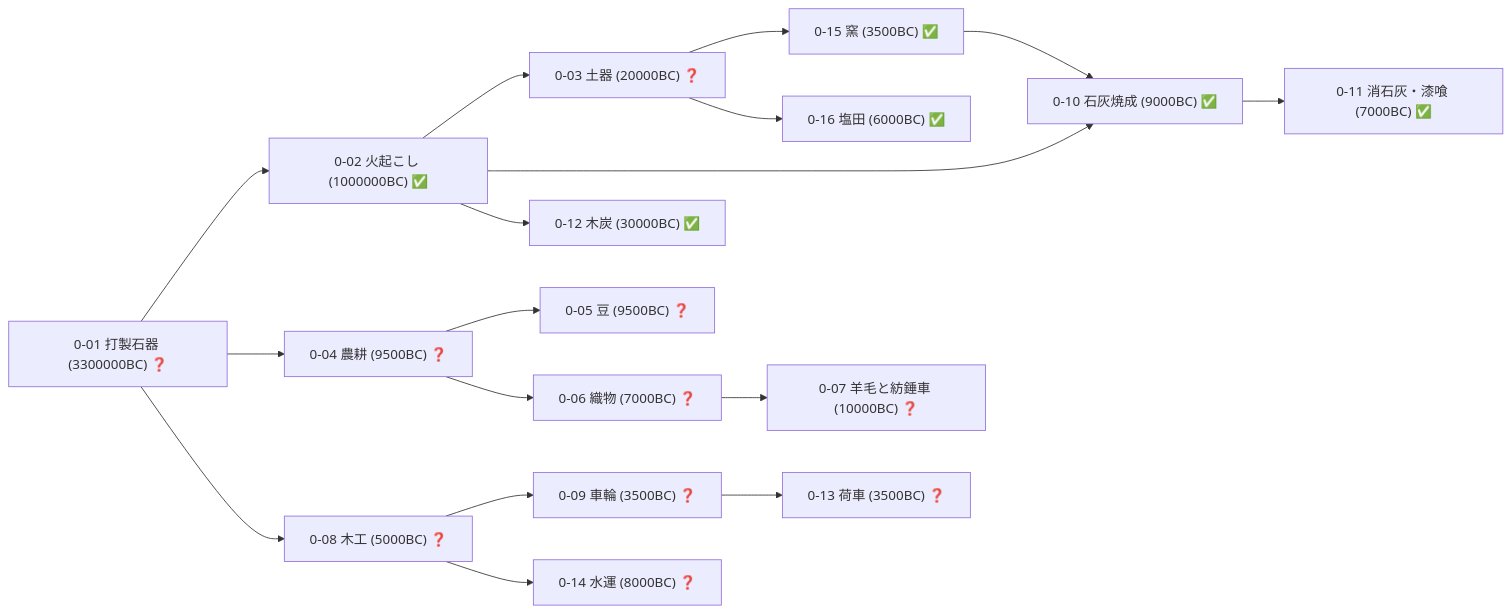
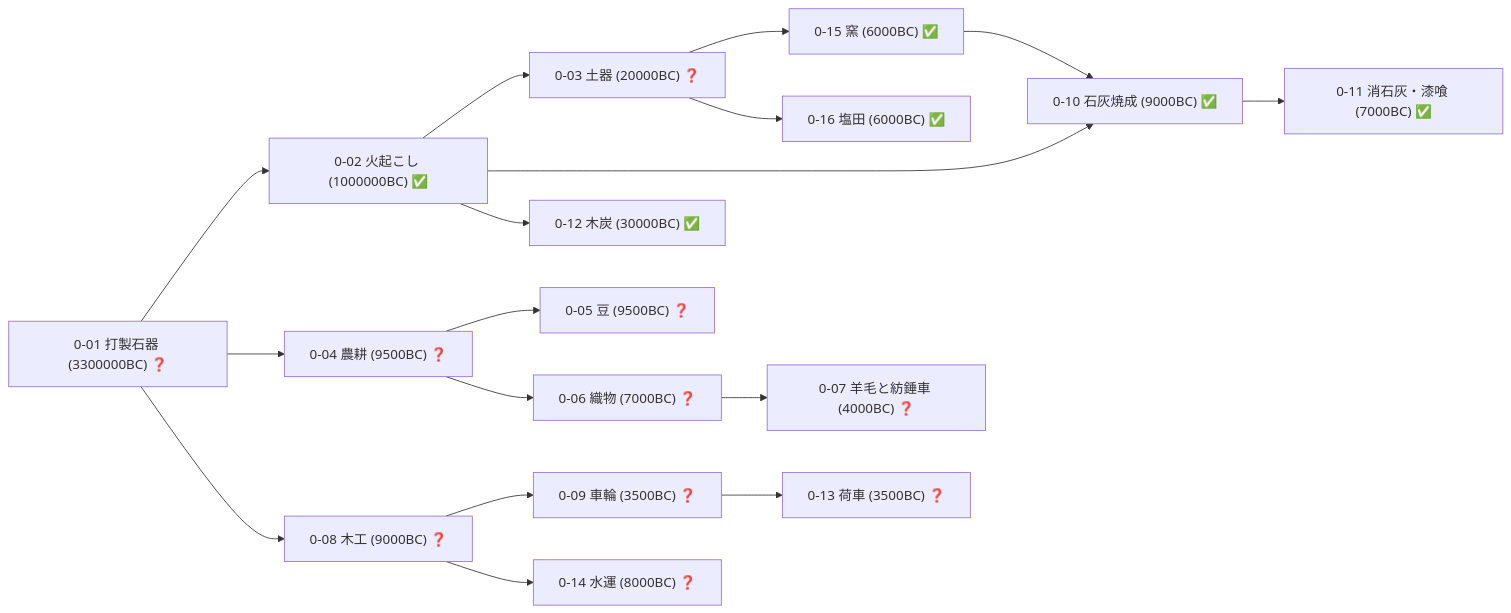
Before and after one commit to taku3i0317-collab/semiconductor-lab: the third of 19 diagrams in docs/TECH_TREE_VIEW.md, drawn with Mermaid. The commit also changed other lines of this file and 7 other files, not shown here.

````diff
--- a/docs/TECH_TREE_VIEW.md
+++ b/docs/TECH_TREE_VIEW.md
@@ -135,35 +136,35 @@
 ```mermaid
 graph LR
   n0_01["0-01 打製石器 (3300000BC) ❓"]
   n0_02["0-02 火起こし (1000000BC) ✅"]
   n0_03["0-03 土器 (20000BC) ❓"]
   n0_04["0-04 農耕 (9500BC) ❓"]
   n0_05["0-05 豆 (9500BC) ❓"]
   n0_06["0-06 織物 (7000BC) ❓"]
-  n0_07["0-07 羊毛と紡錘車 (10000BC) ❓"]
-  n0_08["0-08 木工 (5000BC) ❓"]
+  n0_07["0-07 羊毛と紡錘車 (4000BC) ❓"]
+  n0_08["0-08 木工 (9000BC) ❓"]
   n0_09["0-09 車輪 (3500BC) ❓"]
   n0_10["0-10 石灰焼成 (9000BC) ✅"]
   n0_11["0-11 消石灰・漆喰 (7000BC) ✅"]
   n0_12["0-12 木炭 (30000BC) ✅"]
   n0_13["0-13 荷車 (3500BC) ❓"]
   n0_14["0-14 水運 (8000BC) ❓"]
-  n0_15["0-15 窯 (3500BC) ✅"]
+  n0_15["0-15 窯 (6000BC) ✅"]
   n0_16["0-16 塩田 (6000BC) ✅"]
   n0_01-->n0_02
   n0_02-->n0_03
   n0_01-->n0_04
   n0_04-->n0_05
   n0_04-->n0_06
   n0_06-->n0_07
   n0_01-->n0_08
   n0_08-->n0_09
   n0_02-->n0_10
   n0_15-->n0_10
   n0_10-->n0_11
   n0_02-->n0_12
   n0_09-->n0_13
   n0_08-->n0_14
   n0_03-->n0_15
   n0_03-->n0_16
 ```
````
